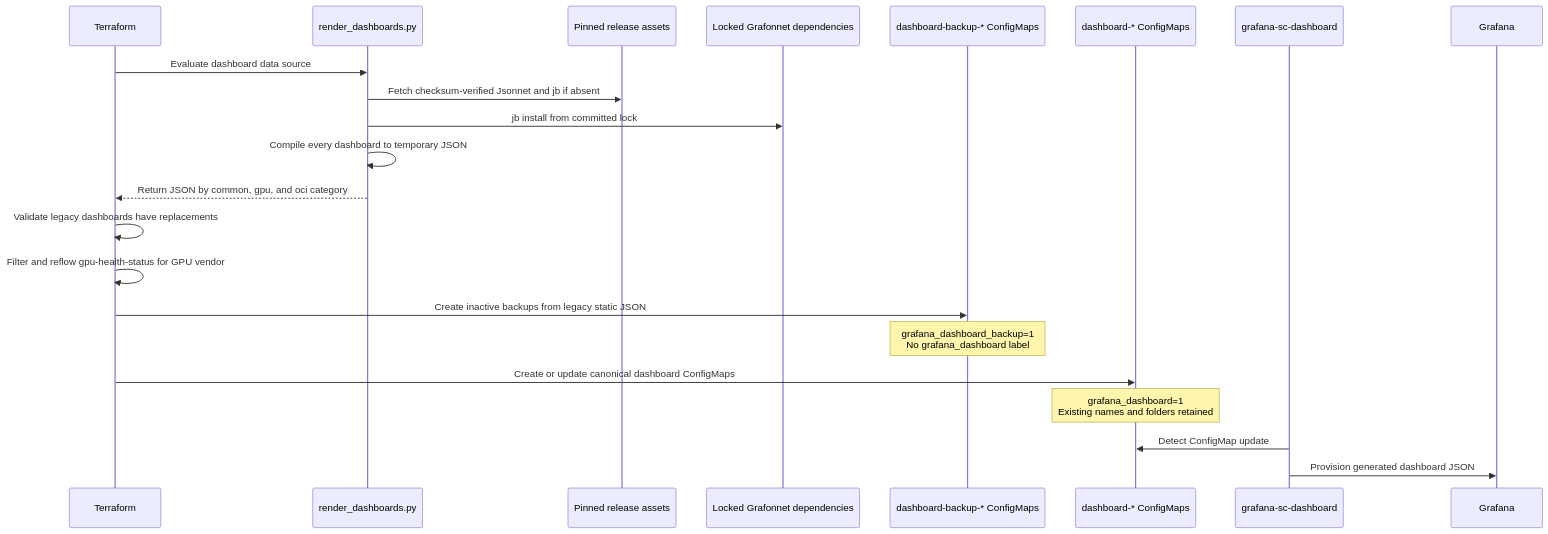
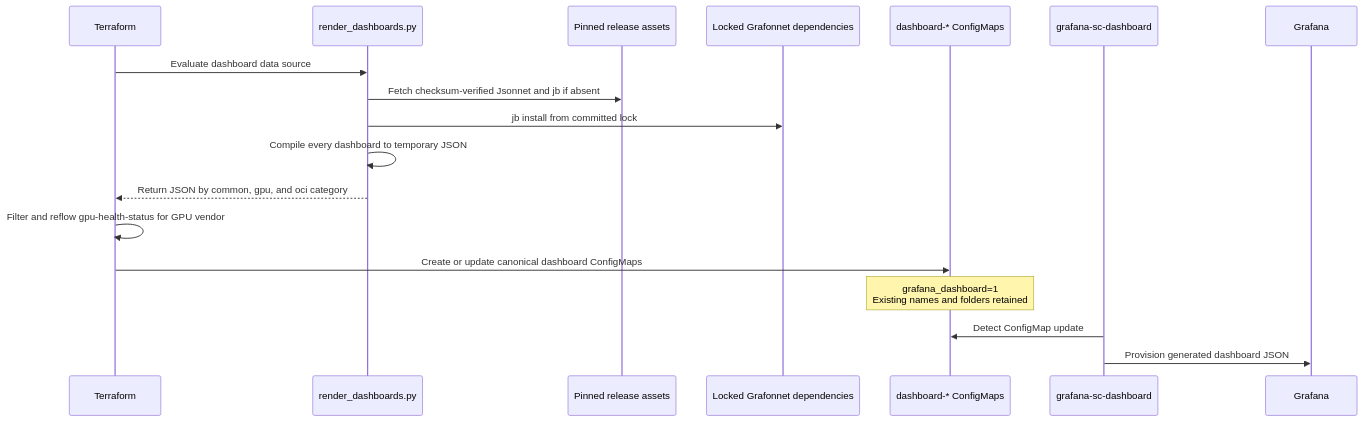
One commit to oracle-quickstart/oci-hpc-oke changed the diagram in docs/grafonnet-dashboards.md. Above: the diagram before and after it, drawn with Mermaid. The commit also changed other lines of this file and 26 other files, not shown here.

Commit message:
Keep static dashboards out of deployment

````diff
--- a/docs/grafonnet-dashboards.md
+++ b/docs/grafonnet-dashboards.md
@@ -14,25 +14,21 @@
 ```mermaid
 sequenceDiagram
     participant Terraform
     participant Renderer as render_dashboards.py
     participant GitHub as Pinned release assets
     participant Grafonnet as Locked Grafonnet dependencies
-    participant Backup as dashboard-backup-* ConfigMaps
     participant Active as dashboard-* ConfigMaps
     participant Sidecar as grafana-sc-dashboard
     participant Grafana
 
     Terraform->>Renderer: Evaluate dashboard data source
     Renderer->>GitHub: Fetch checksum-verified Jsonnet and jb if absent
     Renderer->>Grafonnet: jb install from committed lock
     Renderer->>Renderer: Compile every dashboard to temporary JSON
     Renderer-->>Terraform: Return JSON by common, gpu, and oci category
-    Terraform->>Terraform: Validate legacy dashboards have replacements
     Terraform->>Terraform: Filter and reflow gpu-health-status for GPU vendor
-    Terraform->>Backup: Create inactive backups from legacy static JSON
-    Note over Backup: grafana_dashboard_backup=1<br/>No grafana_dashboard label
     Terraform->>Active: Create or update canonical dashboard ConfigMaps
     Note over Active: grafana_dashboard=1<br/>Existing names and folders retained
     Sidecar->>Active: Detect ConfigMap update
     Sidecar->>Grafana: Provision generated dashboard JSON
 ```
````
